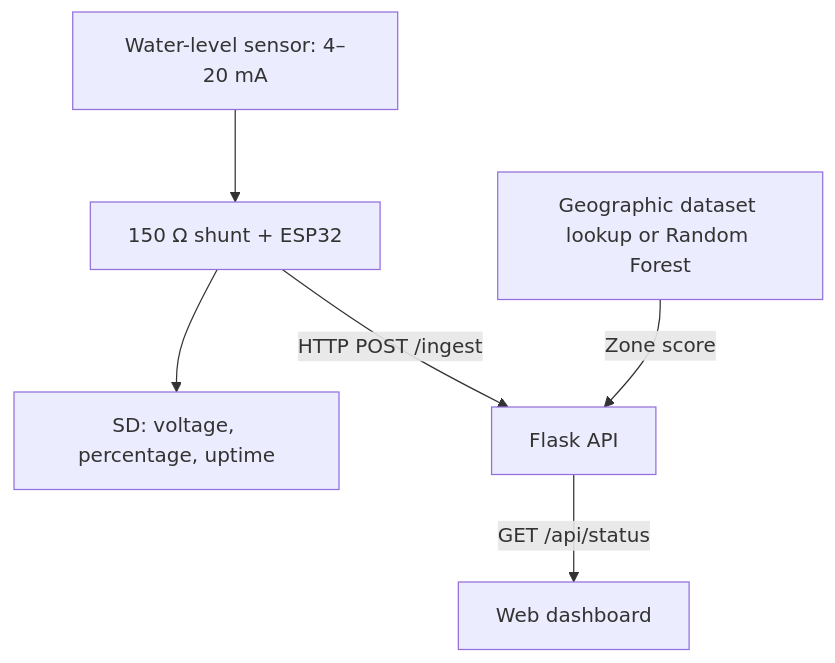
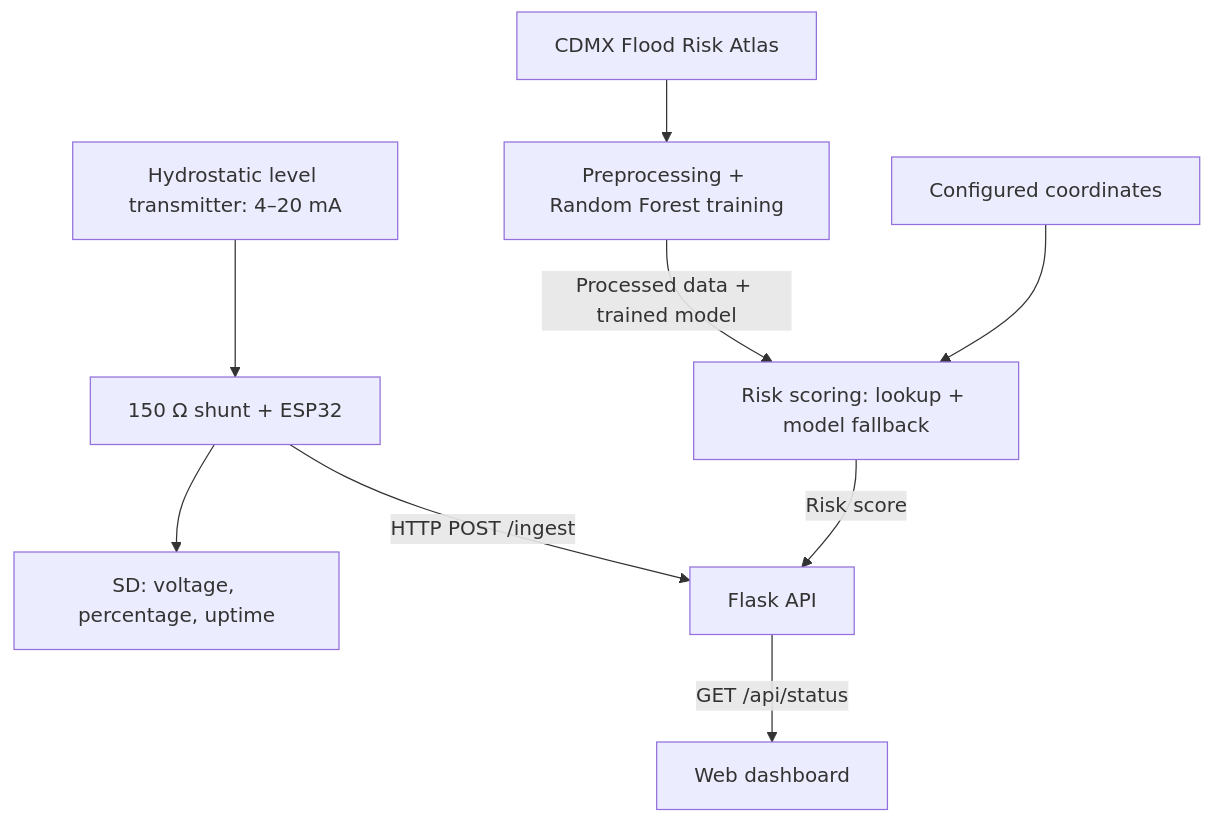
One commit to aleemireyhdz-star/TT2 changed the diagram in README.md. Above: the diagram before and after it, drawn with Mermaid. The commit also changed other lines of this file and 1 other file, not shown here.

Commit message:
Highlight ML risk prediction, credit public data and refine contribution wording

````diff
--- a/README.md
+++ b/README.md
@@ -53,8 +53,11 @@
 ```mermaid
 flowchart TD
-    S["Water-level sensor: 4–20 mA"] --> E["150 Ω shunt + ESP32"]
+    A["CDMX Flood Risk Atlas"] --> P["Preprocessing + Random Forest training"]
+    P -->|"Processed data + trained model"| R["Risk scoring: lookup + model fallback"]
+    C["Configured coordinates"] --> R
+    S["Hydrostatic level transmitter: 4–20 mA"] --> E["150 Ω shunt + ESP32"]
     E --> D["SD: voltage, percentage, uptime"]
     E -->|"HTTP POST /ingest"| F["Flask API"]
-    G["Geographic dataset lookup or Random Forest"] -->|"Zone score"| F
+    R -->|"Risk score"| F
     F -->|"GET /api/status"| W["Web dashboard"]
 ```
````
